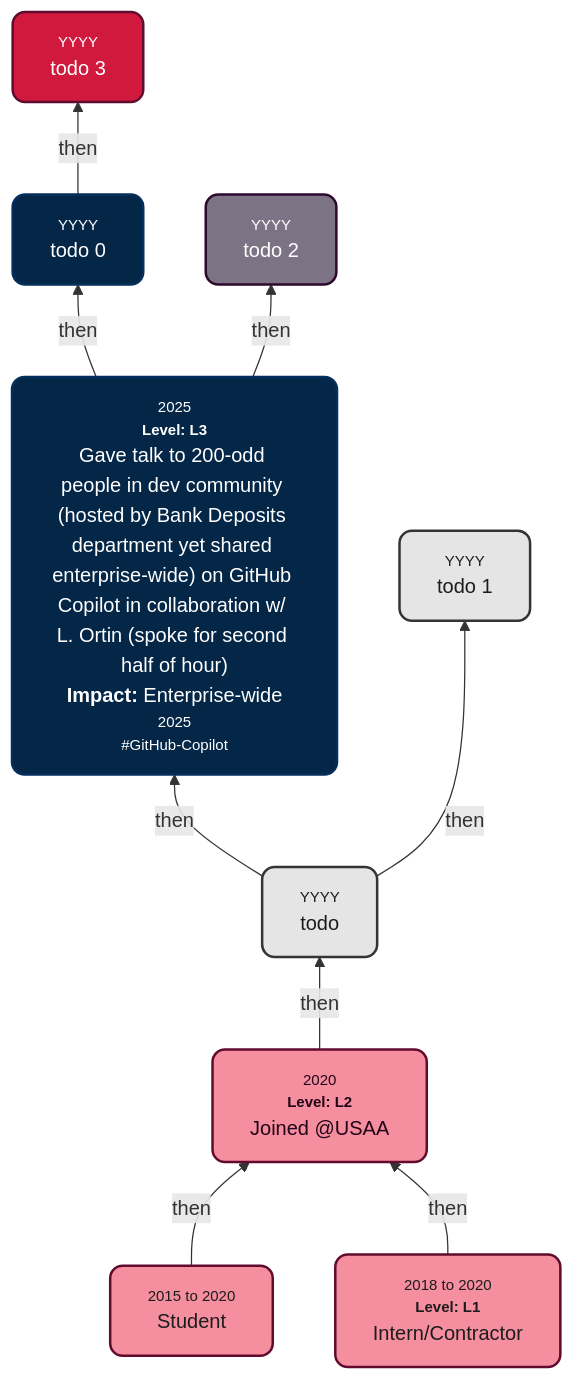
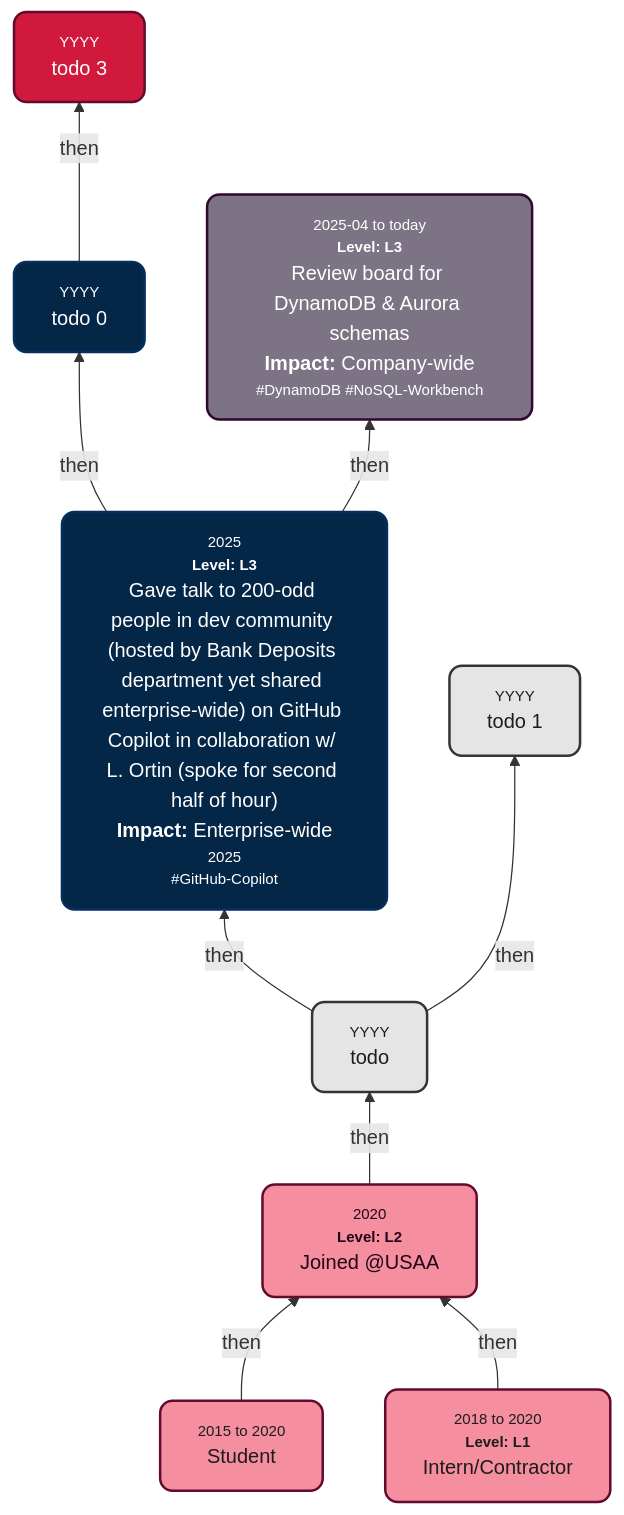
The diagram in README.md (s-sepanski/portfolio), drawn with Mermaid before and after one commit.

Commit message:
new node

````diff
--- a/README.md
+++ b/README.md
@@ -33,22 +33,22 @@
 ```mermaid
 graph BT
     PreStudentNode["<div style='font-size:75%;  color:#848484; text-align:center;'>2015 to 2020</div>Student"] -->|then| A["<div style='font-size:75%; color:#848484; text-align:center;'>2020</div><div style='font-size:75%; color:#848484; text-align:center;'><b>Level: L2</b><br/></div>Joined @USAA<br>"]
     ContractorNode["<div style='font-size:75%; color:#848484; text-align:center;'>2018 to 2020</div><div style='font-size:75%; color:#848484; text-align:center;'><b>Level: L1</b></div>Intern/Contractor"] -->|then| A
     A -->|then| B["<div style='font-size:75%; color:#848484; text-align:center;'>YYYY</div>todo"]
     B -->|then| C["<div style='font-size:75%; color:#848484; text-align:center;'>2025</div><div style='font-size:75%; color:#848484; text-align:center;'><b>Level: L3</b><br/></div>Gave talk to 200-odd people in dev community (hosted by Bank Deposits department yet shared enterprise-wide) on GitHub Copilot in collaboration w/ L. Ortin (spoke for second half of hour)<br/><b>Impact: </b>Enterprise-wide<div style='font-size:75%; color:#848484; text-align:center;'>2025</div><div style='font-size:75%; color:#848484; text-align:center;'>#GitHub-Copilot<br/></div>"]
     C -->|then| D["<div style='font-size:75%; color:#848484; text-align:center;'>YYYY</div>todo 0"]
     B -->|then| E["<div style='font-size:75%; color:#848484; text-align:center;'>YYYY</div>todo 1"]
-    C -->|then| F["<div style='font-size:75%; color:#848484; text-align:center;'>YYYY</div>todo 2"]
+    C -->|then| F["<div style='font-size:75%; color:#848484; text-align:center;'>2025-04 to today</div><div style='font-size:75%; color:#848484; text-align:center;'><b>Level: L3</b><br/></div>Review board for DynamoDB & Aurora schemas<br/><b>Impact: </b>Company-wide<div style='font-size:75%; color:#848484; text-align:center;'>#DynamoDB #NoSQL-Workbench<br/></div>"]
     D -->|then| G["<div style='font-size:75%; color:#848484; text-align:center;'>YYYY</div>todo 3"]
     style PreStudentNode fill:#f58e9f,stroke:#610b2f,stroke-width:2px,color:#1c1c1c
     style ContractorNode fill:#f58e9f,stroke:#610b2f,stroke-width:2px,color:#1c1c1c
     style A fill:#f58e9f,stroke:#610b2f,stroke-width:2px,color:#230519
     style B fill:#e5e5e5,stroke:#343434,stroke-width:2px,color:#1c1c1c
     style C fill:#042748,stroke:#042e5c,stroke-width:2px,color:#FFFFFF
     style D fill:#042748,stroke:#042e5c,stroke-width:2px,color:#FFFFFF
     style E fill:#e5e5e5,stroke:#343434,stroke-width:2px,color:#1c1c1c
     style F fill:#7c7484,stroke:#2e092d,stroke-width:2px,color:#FFFFFF
     style G fill:#d1193e,stroke:#610b2f,stroke-width:2px,color:#FFFFFF
     classDef rounded stroke-width:2px,rx:10,ry:10;
     class PreStudentNode,ContractorNode,A,B,C,D,E,F,G rounded;
 ```
````
